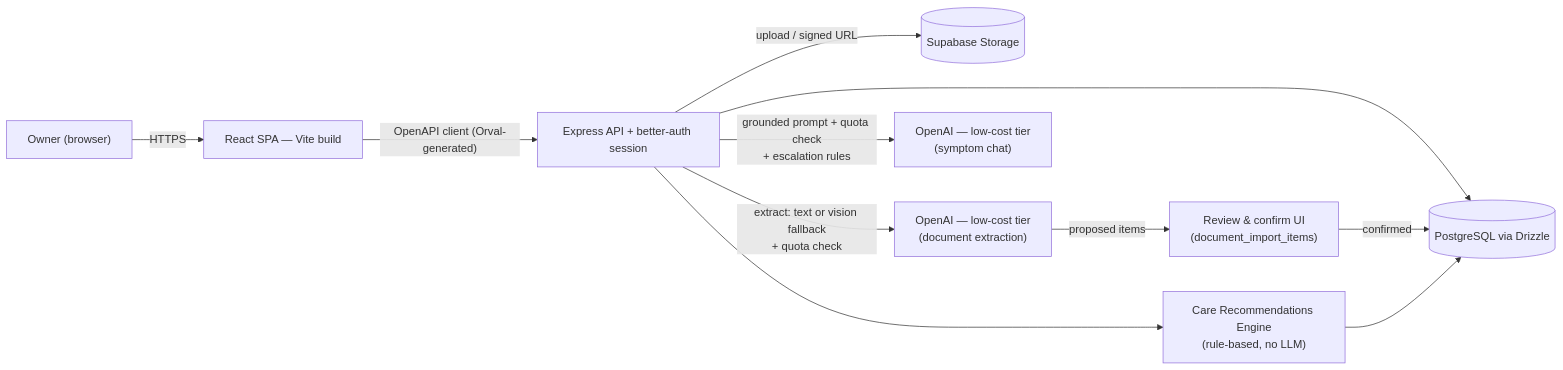
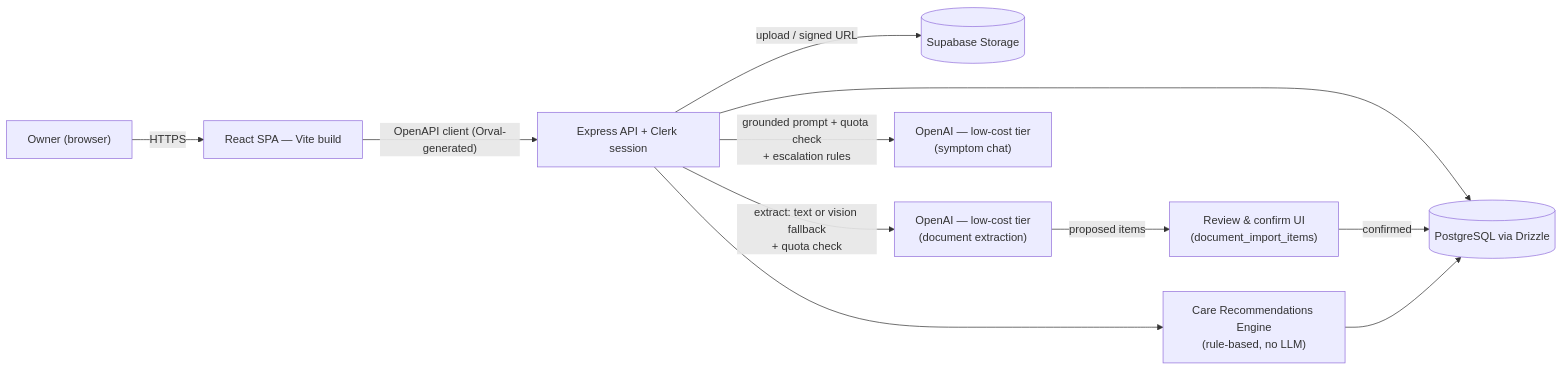
Before and after one commit to HaniKam24/PetHealth: the diagram in docs/PRD.md, drawn with Mermaid. The commit also changed other lines of this file and 24 other files, not shown here.

````diff
--- a/docs/PRD.md
+++ b/docs/PRD.md
@@ -201,13 +201,13 @@
 ```mermaid
 flowchart LR
   Owner["Owner (browser)"] -->|HTTPS| SPA["React SPA — Vite build"]
-  SPA -->|"OpenAPI client (Orval-generated)"| API["Express API + better-auth session"]
+  SPA -->|"OpenAPI client (Orval-generated)"| API["Express API + Clerk session"]
   API --> DB[(PostgreSQL via Drizzle)]
   API --> Rules["Care Recommendations Engine\n(rule-based, no LLM)"]
   API -->|"upload / signed URL"| Store[("Supabase Storage")]
   API -->|"extract: text or vision fallback\n+ quota check"| DocAI["OpenAI — low-cost tier\n(document extraction)"]
   API -->|"grounded prompt + quota check\n+ escalation rules"| ChatAI["OpenAI — low-cost tier\n(symptom chat)"]
   DocAI -->|"proposed items"| Review["Review & confirm UI\n(document_import_items)"]
   Review -->|"confirmed"| DB
   Rules --> DB
 ```
````
